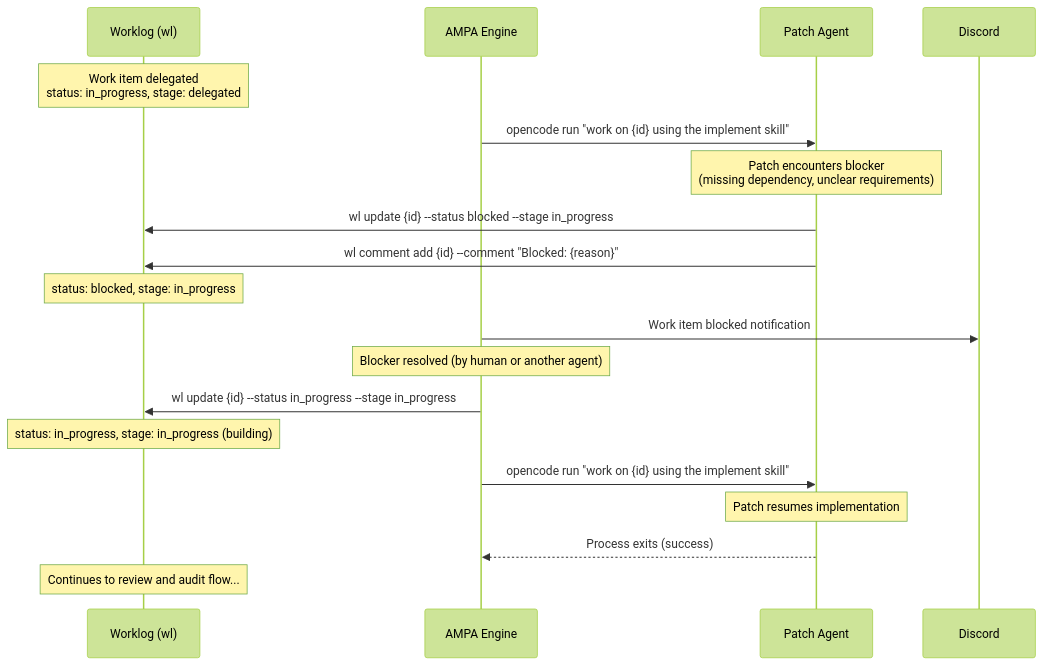
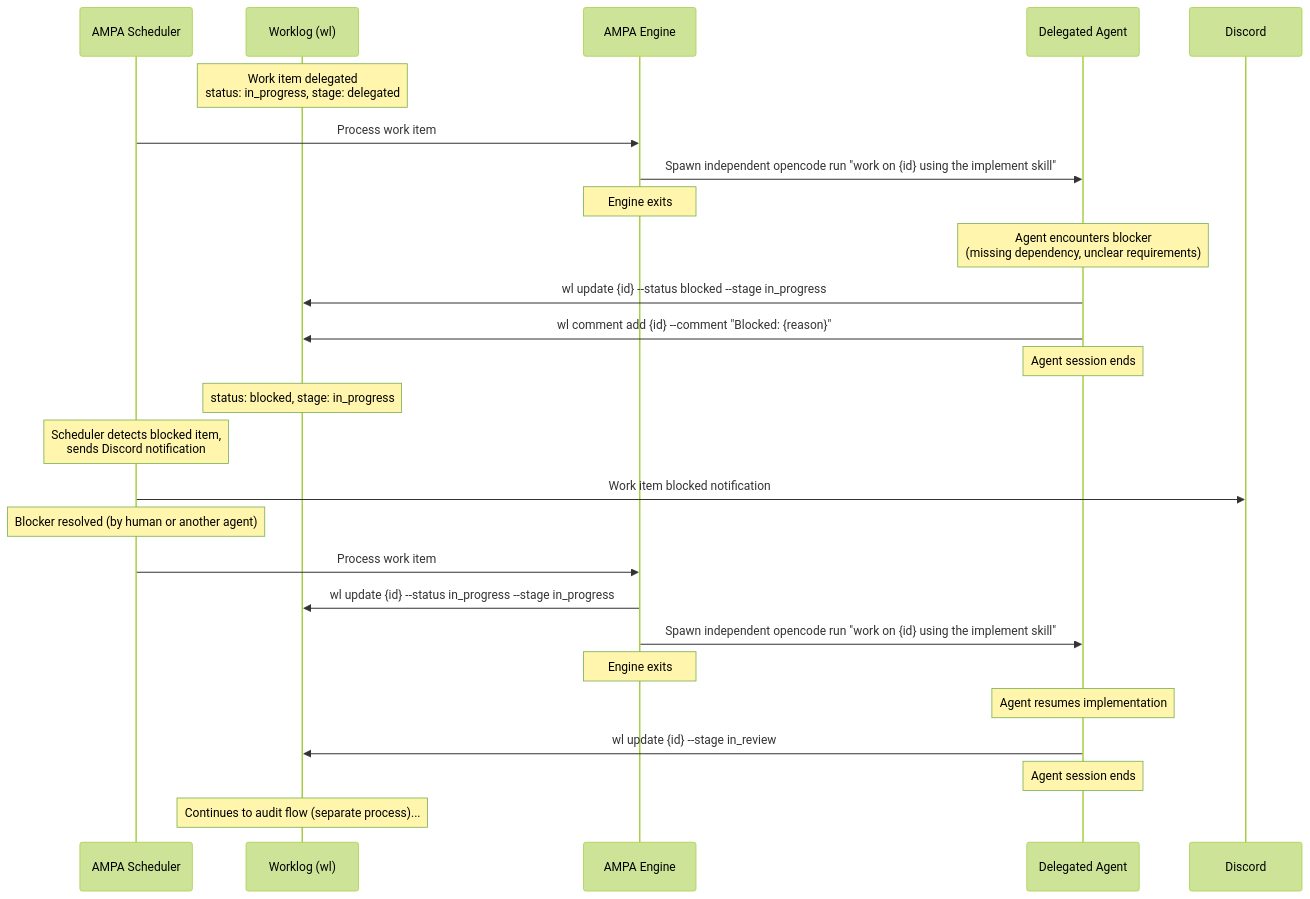
The second of 2 diagrams in docs/workflow/engine-prd.md (SorraTheOrc/SorraAgents), drawn with Mermaid (forest theme) before and after one commit. The commit also changed other lines of this file and 2 other files, not shown here.

First line of the commit message:
SA-0MLPYRLRY0ODG6YH: Revise engine PRD and align work item descriptions with updated design

````diff
--- a/docs/workflow/engine-prd.md
+++ b/docs/workflow/engine-prd.md
@@ -465,32 +392,38 @@
 ```mermaid
 sequenceDiagram
+    participant Scheduler as AMPA Scheduler
     participant WL as Worklog (wl)
     participant Engine as AMPA Engine
-    participant Patch as Patch Agent
+    participant Agent as Delegated Agent
     participant Discord as Discord
 
     Note over WL: Work item delegated<br/>status: in_progress, stage: delegated
 
-    Engine->>Patch: opencode run "work on {id} using the implement skill"
+    Scheduler->>Engine: Process work item
+    Engine->>Agent: Spawn independent opencode run "work on {id} using the implement skill"
+    Note over Engine: Engine exits
 
-    Note over Patch: Patch encounters blocker<br/>(missing dependency, unclear requirements)
+    Note over Agent: Agent encounters blocker<br/>(missing dependency, unclear requirements)
 
-    Patch->>WL: wl update {id} --status blocked --stage in_progress
-    Patch->>WL: wl comment add {id} --comment "Blocked: {reason}"
+    Agent->>WL: wl update {id} --status blocked --stage in_progress
+    Agent->>WL: wl comment add {id} --comment "Blocked: {reason}"
+    Note over Agent: Agent session ends
 
     Note over WL: status: blocked, stage: in_progress
 
-    Engine->>Discord: Work item blocked notification
+    Note over Scheduler: Scheduler detects blocked item,<br/>sends Discord notification
+    Scheduler->>Discord: Work item blocked notification
 
-    Note over Engine: Blocker resolved (by human or another agent)
+    Note over Scheduler: Blocker resolved (by human or another agent)
 
+    Scheduler->>Engine: Process work item
     Engine->>WL: wl update {id} --status in_progress --stage in_progress
-    Note over WL: status: in_progress, stage: in_progress (building)
+    Engine->>Agent: Spawn independent opencode run "work on {id} using the implement skill"
+    Note over Engine: Engine exits
 
-    Engine->>Patch: opencode run "work on {id} using the implement skill"
-    Note over Patch: Patch resumes implementation
+    Note over Agent: Agent resumes implementation
+    Agent->>WL: wl update {id} --stage in_review
+    Note over Agent: Agent session ends
 
-    Patch-->>Engine: Process exits (success)
-
-    Note over WL: Continues to review and audit flow...
+    Note over WL: Continues to audit flow (separate process)...
 ```
````
